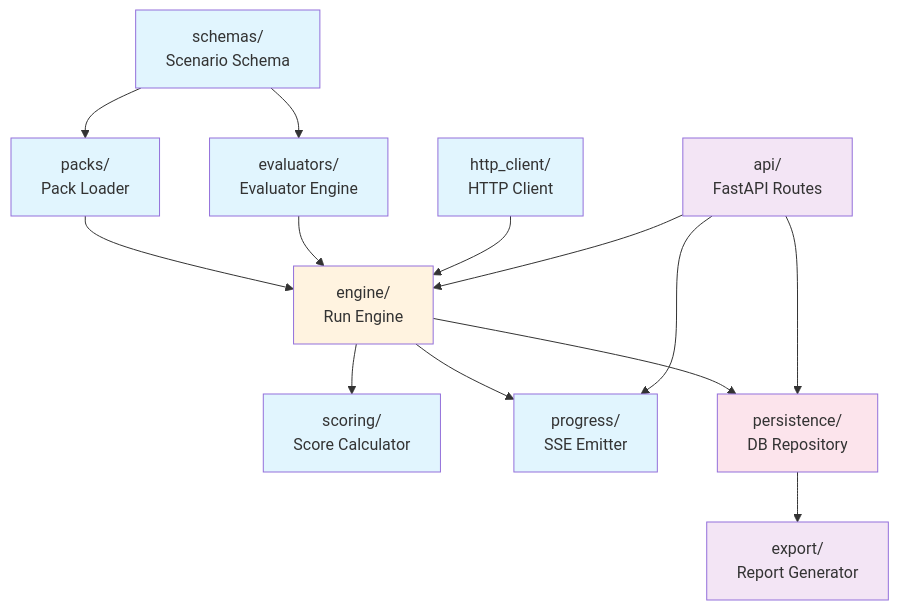
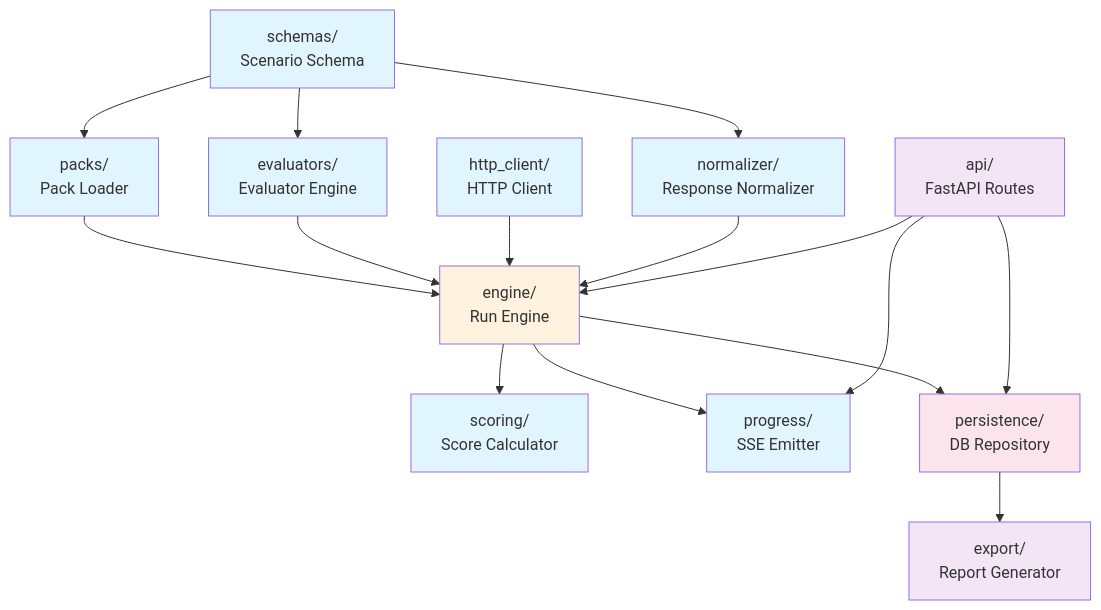
One commit to Szesnasty/ai-protector changed the seventh of 8 diagrams in docs/red-team/FLOW.md. Above: the diagram before and after it, drawn with Mermaid. The commit also changed other lines of this file and 10 other files, not shown here.

````diff
--- a/docs/red-team/FLOW.md
+++ b/docs/red-team/FLOW.md
@@ -460,37 +486,41 @@
 ```mermaid
 graph TD
     SCHEMA["schemas/<br/>Scenario Schema"]
     PACKS["packs/<br/>Pack Loader"]
     EVAL["evaluators/<br/>Evaluator Engine"]
+    NORM["normalizer/<br/>Response Normalizer"]
     HTTP["http_client/<br/>HTTP Client"]
     ENGINE["engine/<br/>Run Engine"]
     SCORE["scoring/<br/>Score Calculator"]
     SSE["progress/<br/>SSE Emitter"]
     DB["persistence/<br/>DB Repository"]
     API["api/<br/>FastAPI Routes"]
     EXPORT["export/<br/>Report Generator"]
 
     SCHEMA --> PACKS
     SCHEMA --> EVAL
+    SCHEMA --> NORM
     PACKS --> ENGINE
     EVAL --> ENGINE
     HTTP --> ENGINE
+    NORM --> ENGINE
     ENGINE --> SCORE
     ENGINE --> SSE
     ENGINE --> DB
     API --> ENGINE
     API --> DB
     API --> SSE
     DB --> EXPORT
 
     style SCHEMA fill:#e1f5fe
     style PACKS fill:#e1f5fe
     style EVAL fill:#e1f5fe
+    style NORM fill:#e1f5fe
     style HTTP fill:#e1f5fe
     style ENGINE fill:#fff3e0
     style SCORE fill:#e1f5fe
     style SSE fill:#e1f5fe
     style DB fill:#fce4ec
     style API fill:#f3e5f5
     style EXPORT fill:#f3e5f5
 ```
````
